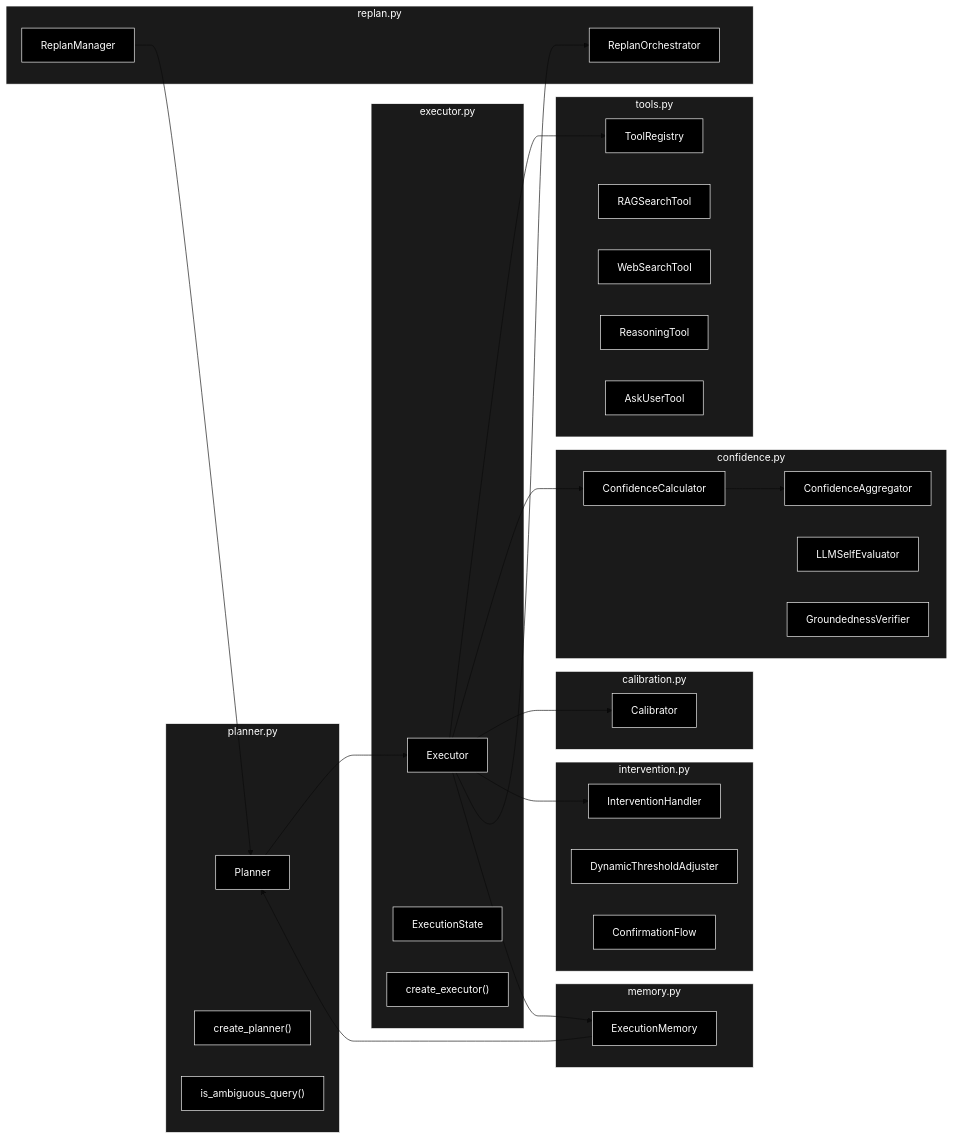
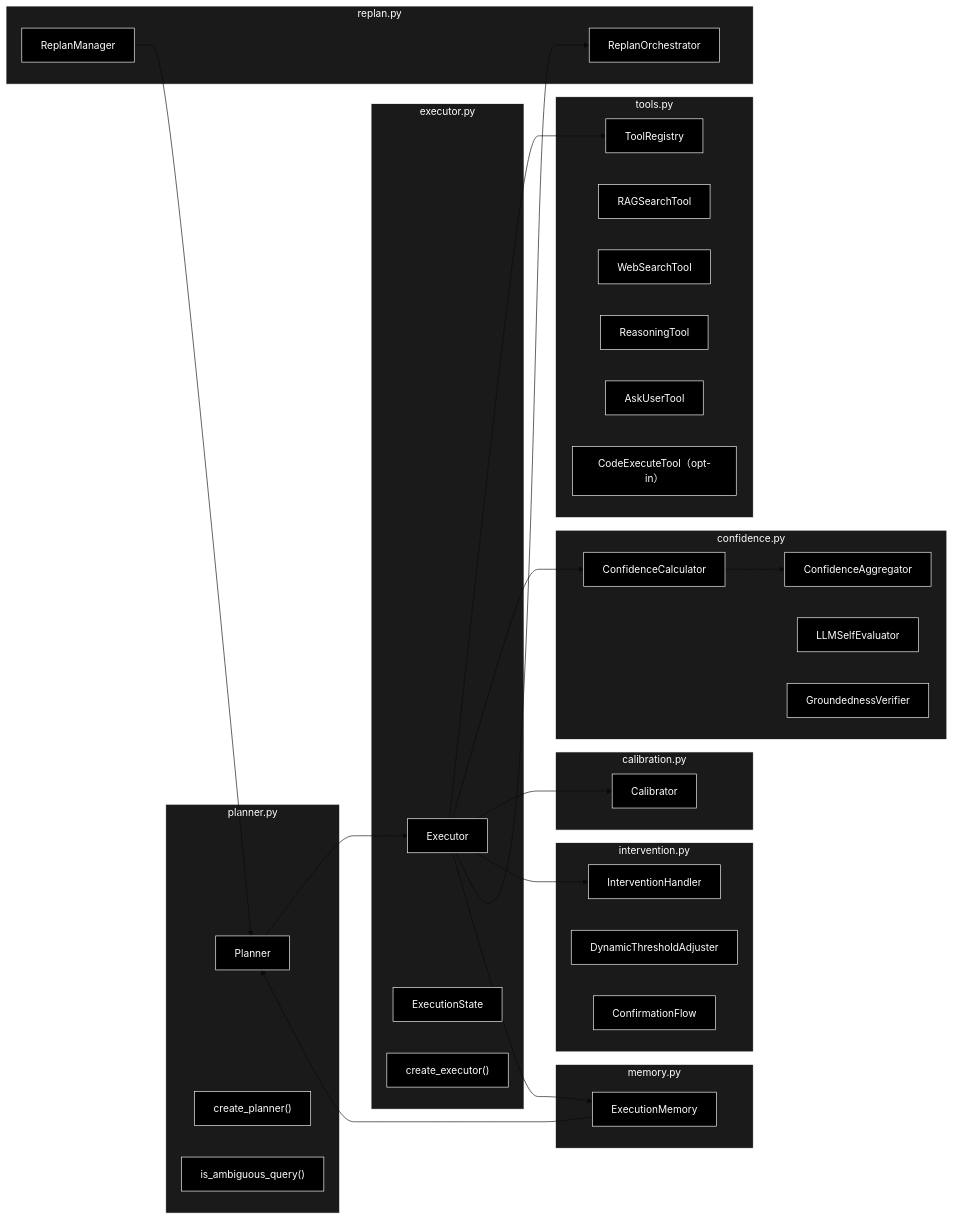
One commit to nakashima2toshio/grace_v2_local changed the second of 4 diagrams in grace/docs/grace_core_flow.md. Above: the diagram before and after it, drawn with Mermaid (base theme). The commit also changed other lines of this file and 4 other files, not shown here.

````diff
--- a/grace/docs/grace_core_flow.md
+++ b/grace/docs/grace_core_flow.md
@@ -104,70 +112,71 @@
 ```mermaid
 flowchart LR
     subgraph PLANNER["planner.py"]
         P1["Planner"]
         P2["create_planner()"]
         P3["is_ambiguous_query()"]
     end
 
     subgraph EXECUTOR["executor.py"]
         E1["Executor"]
         E2["ExecutionState"]
         E3["create_executor()"]
     end
 
     subgraph TOOLS["tools.py"]
         T1["ToolRegistry"]
         T2["RAGSearchTool"]
         T3["WebSearchTool"]
         T4["ReasoningTool"]
         T5["AskUserTool"]
+        T6["CodeExecuteTool（opt-in）"]
     end
 
     subgraph CONFIDENCE["confidence.py"]
         C1["ConfidenceCalculator"]
         C2["ConfidenceAggregator"]
         C3["LLMSelfEvaluator"]
         C4["GroundednessVerifier"]
     end
 
     subgraph CALIB["calibration.py"]
         K1["Calibrator"]
     end
 
     subgraph INTERV["intervention.py"]
         I1["InterventionHandler"]
         I2["DynamicThresholdAdjuster"]
         I3["ConfirmationFlow"]
     end
 
     subgraph REPLAN["replan.py"]
         R1["ReplanOrchestrator"]
         R2["ReplanManager"]
     end
 
     subgraph MEMORY["memory.py"]
         M1["ExecutionMemory"]
     end
 
     P1 --> E1
     E1 --> T1
     E1 --> C1
     C1 --> C2
     E1 --> K1
     E1 --> I1
     E1 --> R1
     R2 --> P1
     E1 --> M1
     M1 --> P1
 classDef default fill:#000,stroke:#fff,color:#fff
 classDef subgraphStyle fill:#1a1a1a,stroke:#fff,color:#fff
-class P1,P2,P3,E1,E2,E3,T1,T2,T3,T4,T5,C1,C2,C3,C4,K1,I1,I2,I3,R1,R2,M1 default
+class P1,P2,P3,E1,E2,E3,T1,T2,T3,T4,T5,T6,C1,C2,C3,C4,K1,I1,I2,I3,R1,R2,M1 default
 style PLANNER fill:#1a1a1a,stroke:#fff,color:#fff
 style EXECUTOR fill:#1a1a1a,stroke:#fff,color:#fff
 style TOOLS fill:#1a1a1a,stroke:#fff,color:#fff
 style CONFIDENCE fill:#1a1a1a,stroke:#fff,color:#fff
 style CALIB fill:#1a1a1a,stroke:#fff,color:#fff
 style INTERV fill:#1a1a1a,stroke:#fff,color:#fff
 style REPLAN fill:#1a1a1a,stroke:#fff,color:#fff
 style MEMORY fill:#1a1a1a,stroke:#fff,color:#fff
 ```
````
